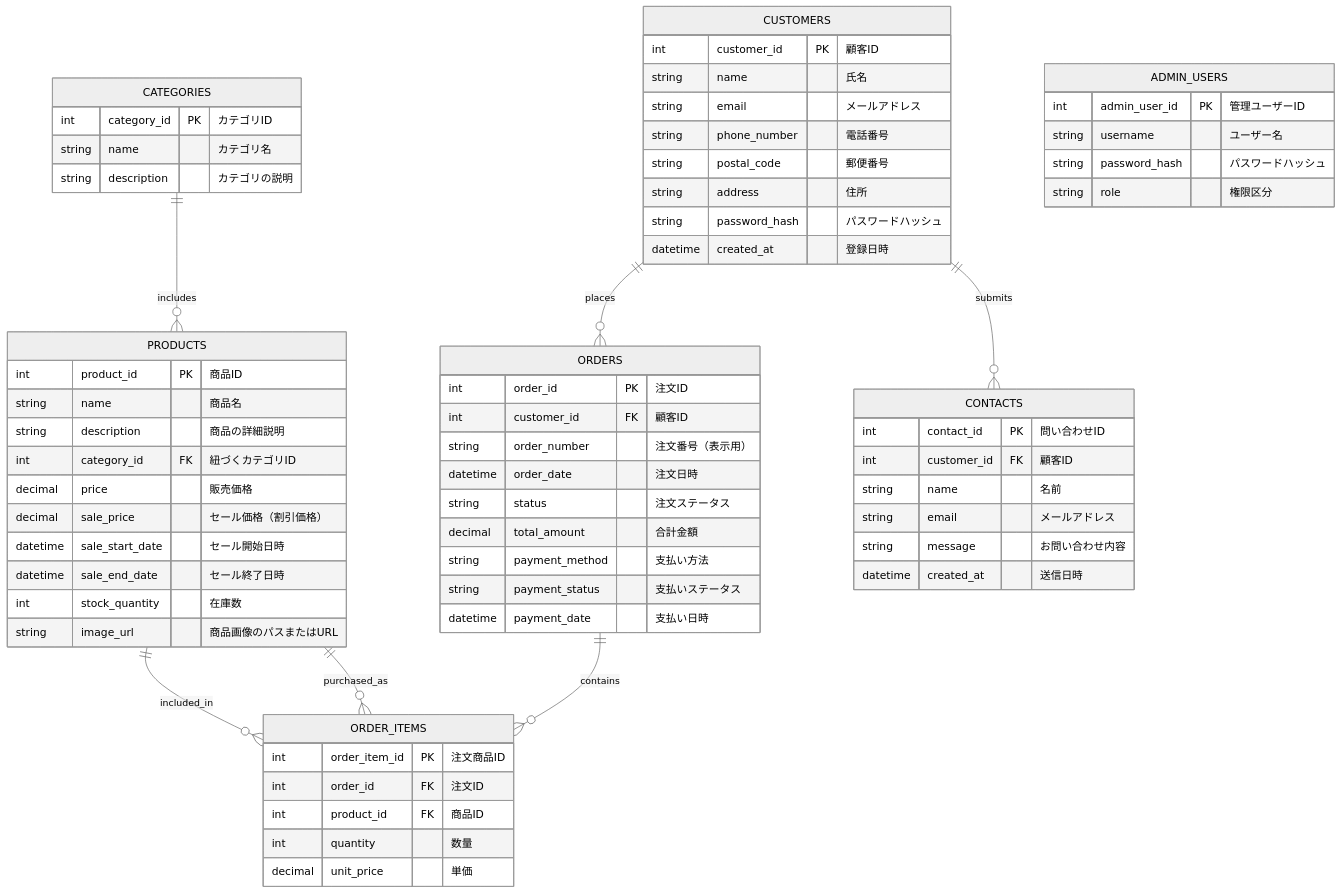
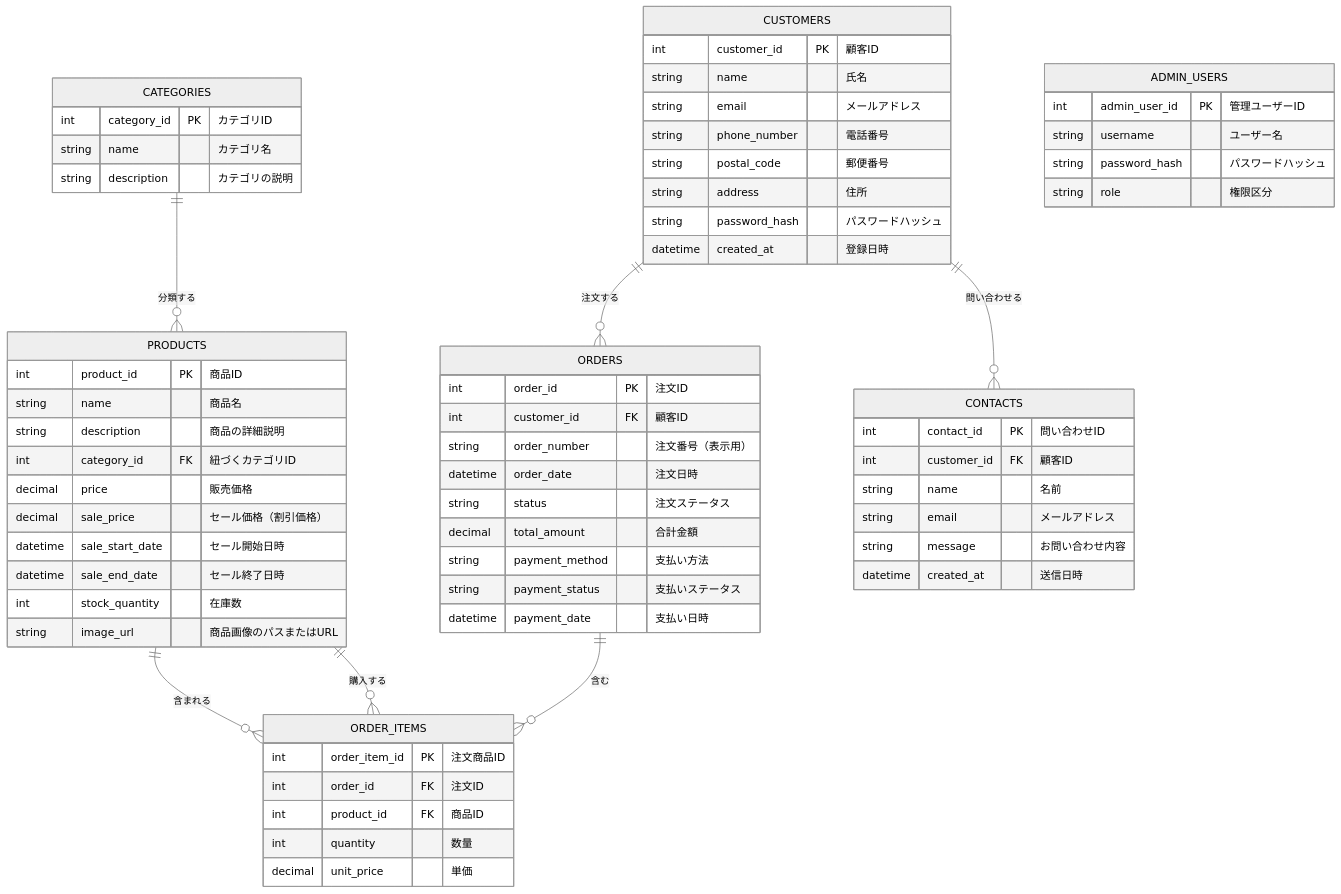
The seventh of 7 diagrams in 基本設計/提出用/基本設計書.md (Aoi-Yaegashi/teamF), drawn with Mermaid (neutral theme) before and after one commit.

Commit message:
ER図修正

````diff
--- a/基本設計/提出用/基本設計書.md
+++ b/基本設計/提出用/基本設計書.md
@@ -552,75 +552,75 @@
 ```mermaid
 erDiagram
     PRODUCTS {
         int product_id PK "商品ID"
         string name "商品名"
         string description "商品の詳細説明"
         int category_id FK "紐づくカテゴリID"
         decimal price "販売価格"
         decimal sale_price "セール価格（割引価格）"
         datetime sale_start_date "セール開始日時"
         datetime sale_end_date "セール終了日時"
         int stock_quantity "在庫数"
         string image_url "商品画像のパスまたはURL"
     }
 
     CATEGORIES {
         int category_id PK "カテゴリID"
         string name "カテゴリ名"
         string description "カテゴリの説明"
     }
 
     CUSTOMERS {
         int customer_id PK "顧客ID"
         string name "氏名"
         string email "メールアドレス"
         string phone_number "電話番号"
         string postal_code "郵便番号"
         string address "住所"
         string password_hash "パスワードハッシュ"
         datetime created_at "登録日時"
     }
 
     ORDERS {
         int order_id PK "注文ID"
         int customer_id FK "顧客ID"
         string order_number "注文番号（表示用）"
         datetime order_date "注文日時"
         string status "注文ステータス"
         decimal total_amount "合計金額"
         string payment_method "支払い方法"
         string payment_status "支払いステータス"
         datetime payment_date "支払い日時"
     }
 
     ORDER_ITEMS {
         int order_item_id PK "注文商品ID"
         int order_id FK "注文ID"
         int product_id FK "商品ID"
         int quantity "数量"
         decimal unit_price "単価"
     }
 
     CONTACTS {
         int contact_id PK "問い合わせID"
         int customer_id FK "顧客ID"
         string name "名前"
         string email "メールアドレス"
         string message "お問い合わせ内容"
         datetime created_at "送信日時"
     }
 
     ADMIN_USERS {
         int admin_user_id PK "管理ユーザーID"
         string username "ユーザー名"
         string password_hash "パスワードハッシュ"
         string role "権限区分"
     }
 
-    CATEGORIES ||--o{ PRODUCTS : includes
-    PRODUCTS ||--o{ ORDER_ITEMS : included_in
-    ORDERS ||--o{ ORDER_ITEMS : contains
-    CUSTOMERS ||--o{ ORDERS : places
-    CUSTOMERS ||--o{ CONTACTS : submits
-    PRODUCTS ||--o{ ORDER_ITEMS : purchased_as
+    CATEGORIES ||--o{ PRODUCTS : "分類する"
+    PRODUCTS ||--o{ ORDER_ITEMS : "含まれる"
+    ORDERS ||--o{ ORDER_ITEMS : "含む"
+    CUSTOMERS ||--o{ ORDERS : "注文する"
+    CUSTOMERS ||--o{ CONTACTS : "問い合わせる"
+    PRODUCTS ||--o{ ORDER_ITEMS : "購入する"
 ```
````
